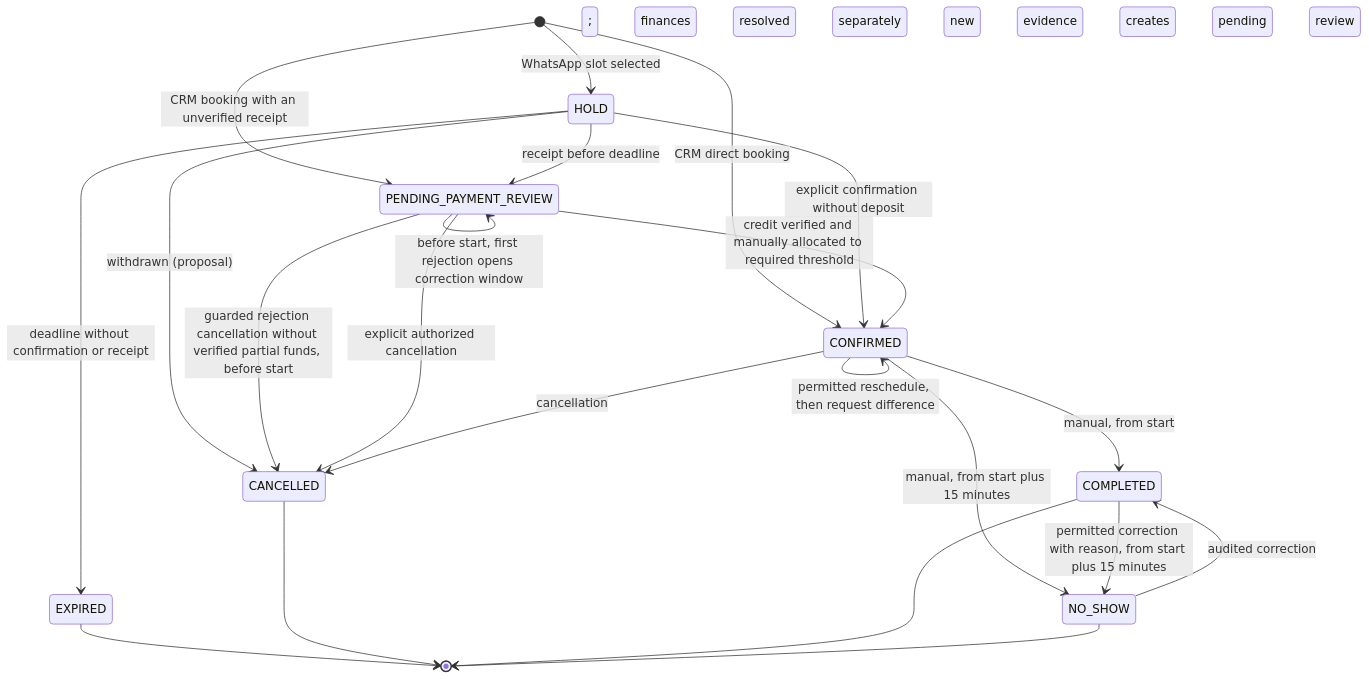
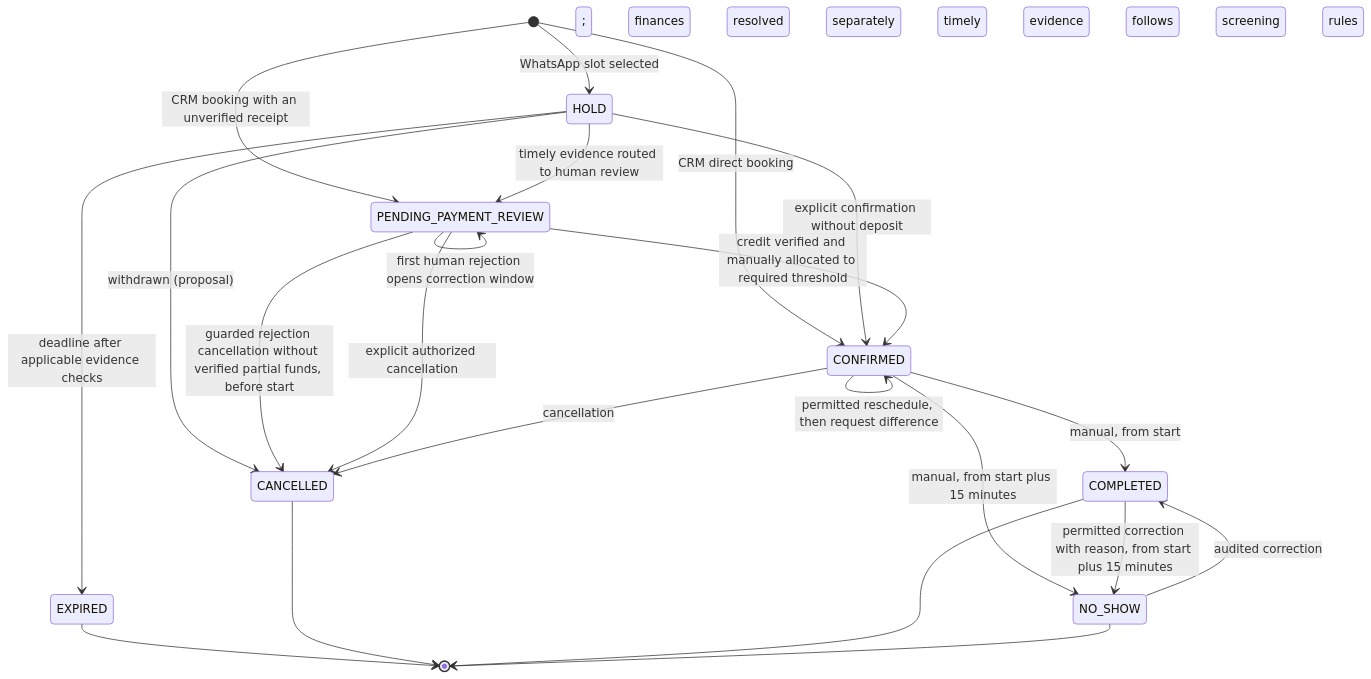
Before and after one commit to nanonoir/Agendoxa: the first of 2 diagrams in docs/product-specs/uc-03/invariants.md, drawn with Mermaid. The commit also changed other lines of this file and 5 other files, not shown here.

Commit message:
docs(uc-03): define preliminary receipt screening and human escalation

````diff
--- a/docs/product-specs/uc-03/invariants.md
+++ b/docs/product-specs/uc-03/invariants.md
@@ -44,24 +44,24 @@
 ```mermaid
 stateDiagram-v2
     [*] --> HOLD: WhatsApp slot selected
     [*] --> CONFIRMED: CRM direct booking
     [*] --> PENDING_PAYMENT_REVIEW: CRM booking with an unverified receipt
     HOLD --> CONFIRMED: explicit confirmation without deposit
-    HOLD --> PENDING_PAYMENT_REVIEW: receipt before deadline
-    HOLD --> EXPIRED: deadline without confirmation or receipt
+    HOLD --> PENDING_PAYMENT_REVIEW: timely evidence routed to human review
+    HOLD --> EXPIRED: deadline after applicable evidence checks
     HOLD --> CANCELLED: withdrawn (proposal)
     PENDING_PAYMENT_REVIEW --> CONFIRMED: credit verified and manually allocated to required threshold
     PENDING_PAYMENT_REVIEW --> CANCELLED: guarded rejection cancellation without verified partial funds, before start
     PENDING_PAYMENT_REVIEW --> CANCELLED: explicit authorized cancellation; finances resolved separately
-    PENDING_PAYMENT_REVIEW --> PENDING_PAYMENT_REVIEW: before start, first rejection opens correction window; new evidence creates pending review
+    PENDING_PAYMENT_REVIEW --> PENDING_PAYMENT_REVIEW: first human rejection opens correction window; timely evidence follows screening rules
     CONFIRMED --> CONFIRMED: permitted reschedule, then request difference
     CONFIRMED --> CANCELLED: cancellation
     CONFIRMED --> COMPLETED: manual, from start
     CONFIRMED --> NO_SHOW: manual, from start plus 15 minutes
     NO_SHOW --> COMPLETED: audited correction
     COMPLETED --> NO_SHOW: permitted correction with reason, from start plus 15 minutes
     EXPIRED --> [*]
     CANCELLED --> [*]
     COMPLETED --> [*]
     NO_SHOW --> [*]
 ```
````
